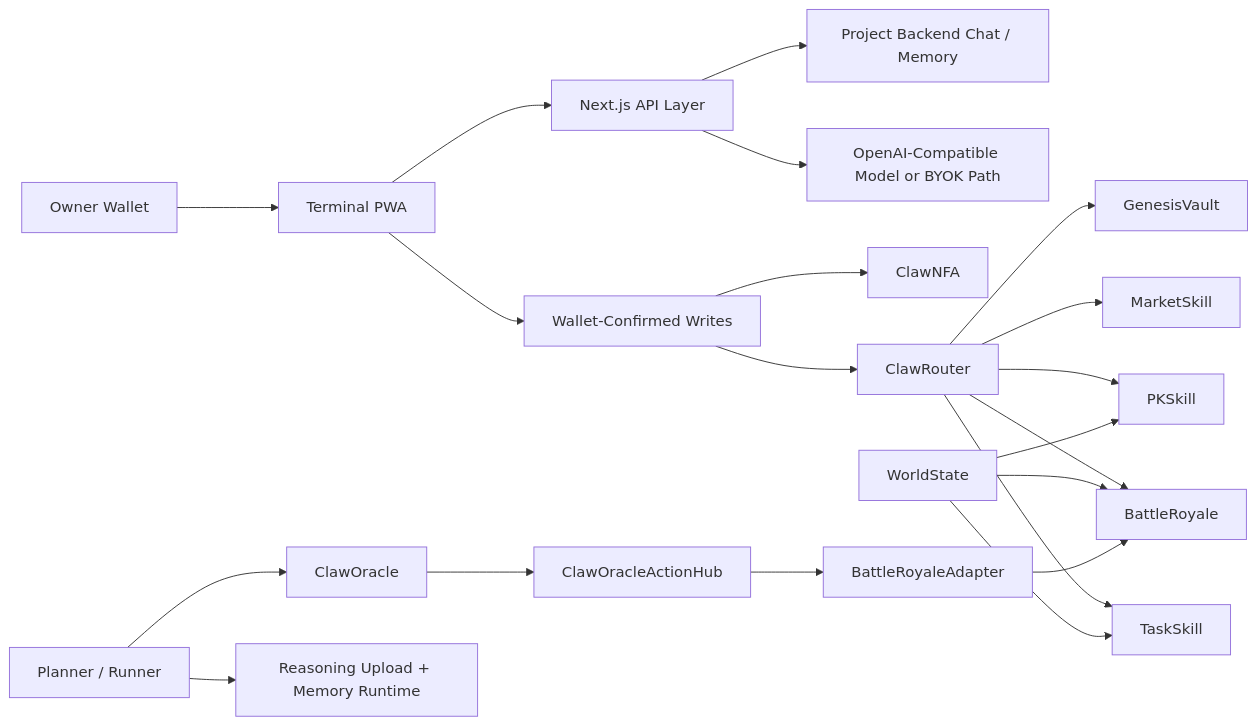
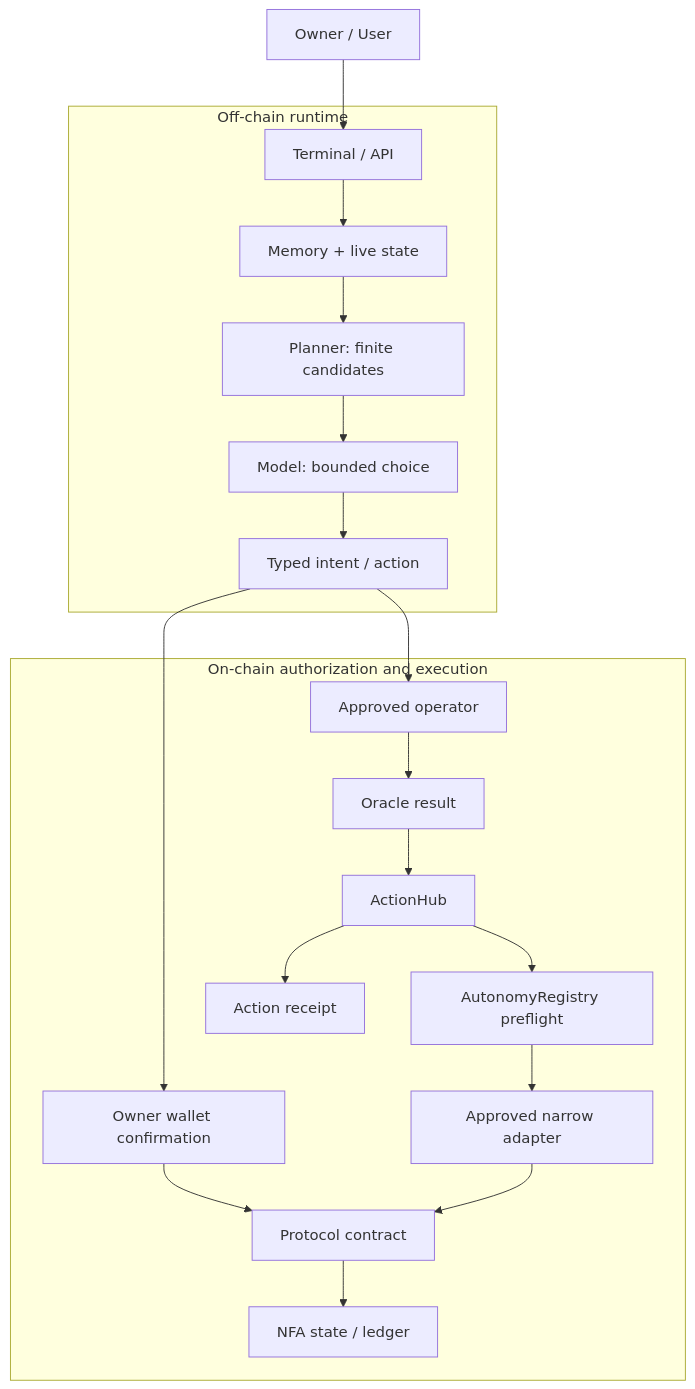
One commit to fa762/ClaworldNfa changed the first of 6 diagrams in README.md. Above: the diagram before and after it, drawn with Mermaid. The commit also changed other lines of this file and 32 other files, not shown here.

````diff
--- a/README.md
+++ b/README.md
@@ -65,23 +102,22 @@
 ```mermaid
-flowchart LR
-  A["Owner Wallet"] --> B["Terminal PWA"]
-  B --> C["Next.js API Layer"]
-  C --> D["Project Backend Chat / Memory"]
-  C --> E["OpenAI-Compatible Model or BYOK Path"]
-  B --> F["Wallet-Confirmed Writes"]
-  F --> G["ClawNFA"]
-  F --> H["ClawRouter"]
-  H --> I["TaskSkill"]
-  H --> J["PKSkill"]
-  H --> K["BattleRoyale"]
-  H --> L["MarketSkill"]
-  H --> M["GenesisVault"]
-  N["WorldState"] --> I
-  N --> J
-  N --> K
-  O["Planner / Runner"] --> P["ClawOracle"]
-  P --> Q["ClawOracleActionHub"]
-  Q --> R["BattleRoyaleAdapter"]
-  R --> K
-  O --> S["Reasoning Upload + Memory Runtime"]
+flowchart TB
+  U["Owner / User"] --> T["Terminal / API"]
+  subgraph OFF["Off-chain runtime"]
+    T --> M["Memory + live state"]
+    M --> P["Planner: finite candidates"]
+    P --> L["Model: bounded choice"]
+    L --> I["Typed intent / action"]
+  end
+  I --> W["Owner wallet confirmation"]
+  I --> O["Approved operator"]
+  subgraph ON["On-chain authorization and execution"]
+    W --> S["Protocol contract"]
+    O --> R["Oracle result"]
+    R --> H["ActionHub"]
+    H --> G["AutonomyRegistry preflight"]
+    G --> A["Approved narrow adapter"]
+    A --> S
+    S --> N["NFA state / ledger"]
+    H --> Q["Action receipt"]
+  end
 ```
````
